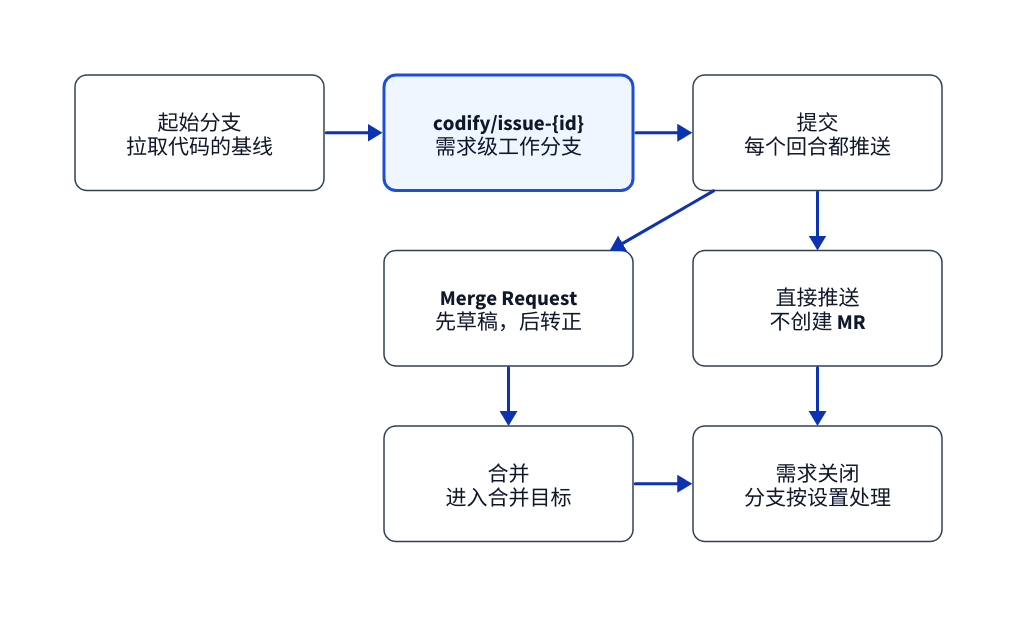
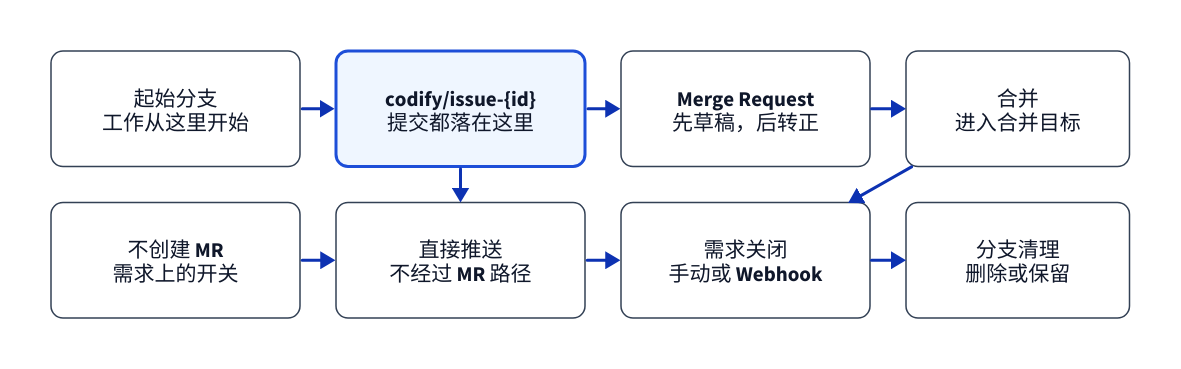
One commit to EeeMt/codify changed the diagram in frontend/src/guide/assets/diagrams/zh-CN/delivery-path.d2. Above: the diagram before and after it, drawn with D2. The commit also changed 85 other files, not shown here.

```diff
--- a/frontend/src/guide/assets/diagrams/zh-CN/delivery-path.d2
+++ b/frontend/src/guide/assets/diagrams/zh-CN/delivery-path.d2
@@ -1,66 +1,68 @@
 # 章节：50-delivery（交付）· 从起始分支到需求关闭
 # 读者要理解：需求的所有回合都落在同一条工作分支上；提交之后只有一条分岔——
 # 建 MR 就先草稿后转正、合并进目标分支，不建 MR 就只推送分支；
 # 两条路的终点相同：需求关闭，工作分支按设置保留或删除。
 # 渲染：python3 scripts/guide/render-diagrams.py（在仓库根目录执行）
 
 vars: {
   d2-config: {
     layout-engine: elk
   }
 }
 
 direction: right
 
 classes: {
   node: {
     style.fill: "#FFFFFF"
     style.stroke: "#334155"
     style.stroke-width: 1
     style.font-color: "#0F172A"
     style.font-size: 14
     style.border-radius: 8
   }
   accent: {
     style.fill: "#EFF6FF"
     style.stroke: "#1D4ED8"
     style.font-color: "#0F172A"
     style.font-size: 14
     style.border-radius: 8
   }
   external: {
     style.fill: "#F8FAFC"
     style.stroke: "#94A3B8"
     style.stroke-dash: 4
     style.font-color: "#0F172A"
     style.font-size: 14
     style.border-radius: 8
   }
 }
 
+# 两行各四格，横向间距处处一致，没有空单元格。不建 MR 的那条路从工作分支向下
+# 离开，在需求关闭处与 MR 那条路重新汇合，两条路共用一个终点。
 delivery: {
   label: ""
-  grid-rows: 3
-  grid-columns: 3
-  grid-gap: 40
+  grid-rows: 2
+  grid-columns: 4
+  grid-gap: 24
   style.fill: transparent
   style.stroke-width: 0
 
-  base: "起始分支\n拉取代码的基线" { class: node }
-  branch: "codify/issue-{id}\n需求级工作分支" { class: accent }
-  commits: "提交\n每个回合都推送" { class: node }
-  blank_a: " " { style.fill: transparent; style.stroke-width: 0 }
+  base: "起始分支\n工作从这里开始" { class: node }
+  branch: "codify/issue-{id}\n提交都落在这里" { class: accent }
   mr: "Merge Request\n先草稿，后转正" { class: node }
-  direct: "直接推送\n不创建 MR" { class: node }
-  blank_b: " " { style.fill: transparent; style.stroke-width: 0 }
   merged: "合并\n进入合并目标" { class: node }
-  closed: "需求关闭\n分支按设置处理" { class: node }
+  nomr: "不创建 MR\n需求上的开关" { class: node }
+  direct: "直接推送\n不经过 MR 路径" { class: node }
+  closed: "需求关闭\n手动或 Webhook" { class: node }
+  cleanup: "分支清理\n删除或保留" { class: node }
 
   base -> branch
-  branch -> commits
-  commits -> mr
-  commits -> direct
+  branch -> mr
   mr -> merged
   merged -> closed
+  closed -> cleanup
+  branch -> direct
+  nomr -> direct
   direct -> closed
 }
```
